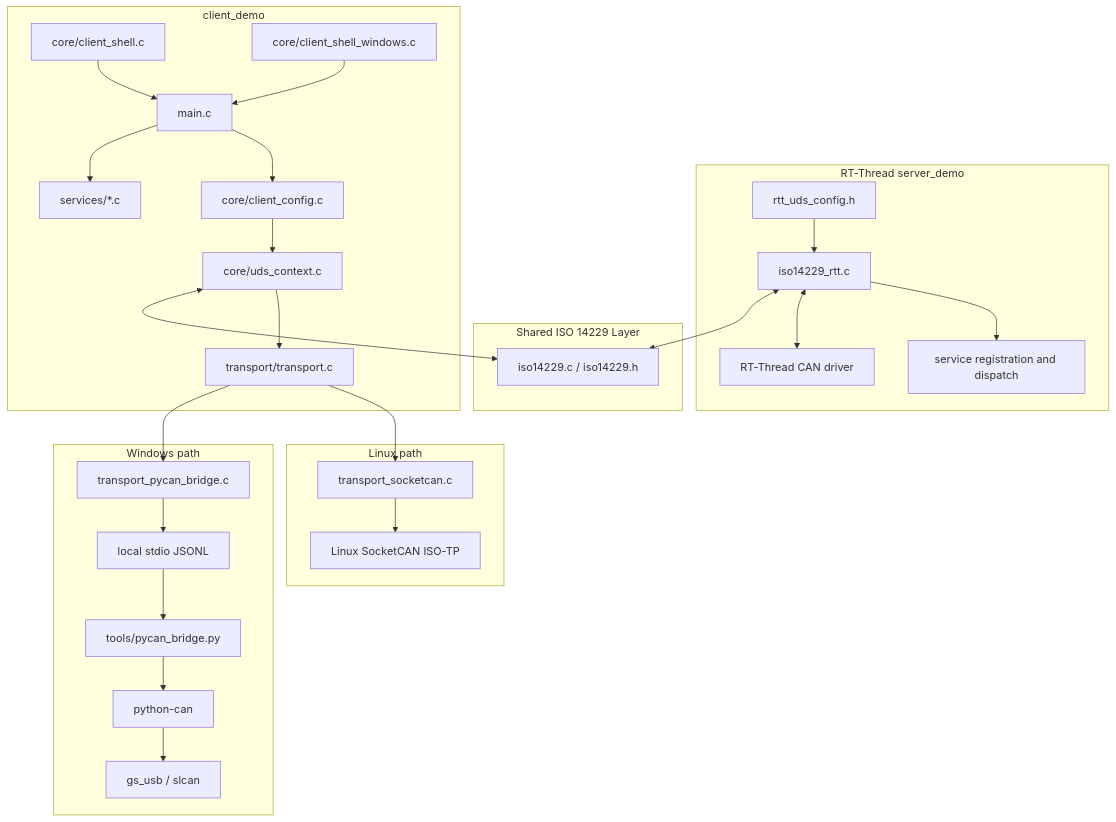
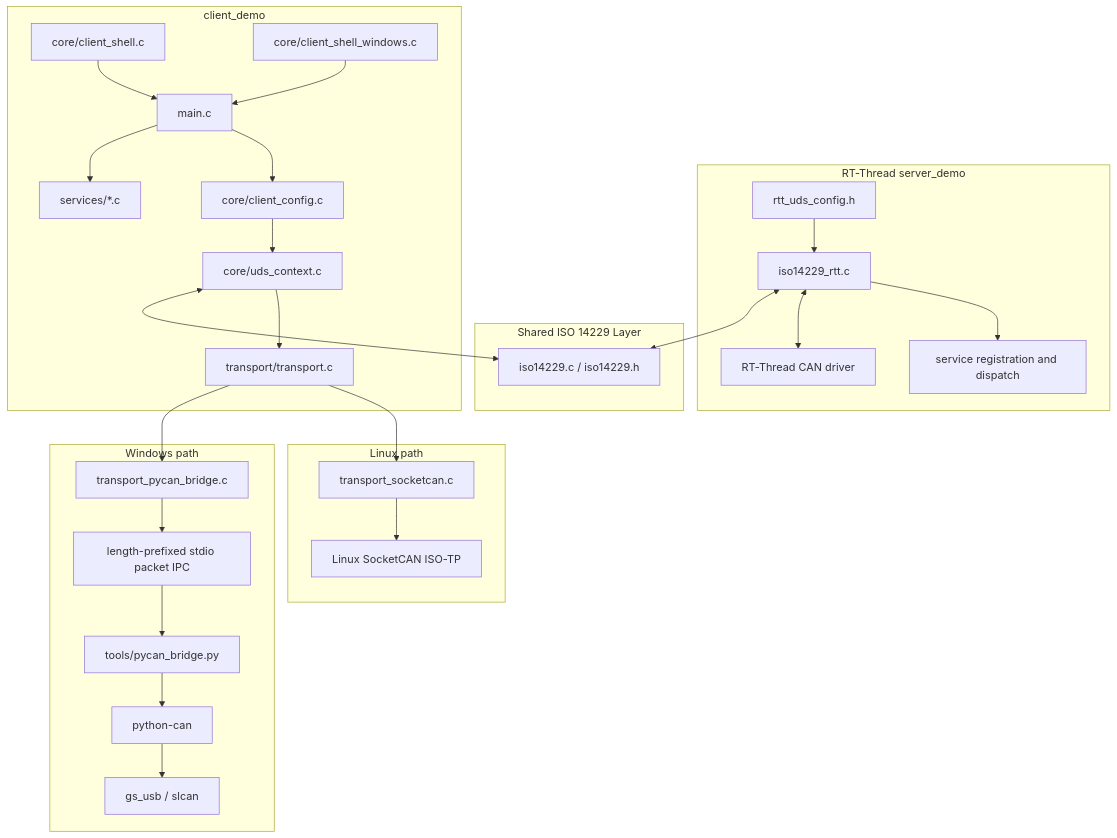
The first of 5 diagrams in examples/rtt_server/docs/architecture.md (wdfk-prog/iso14229), drawn with Mermaid before and after one commit. The commit also changed other lines of this file and 10 other files, not shown here.

````diff
--- a/examples/rtt_server/docs/architecture.md
+++ b/examples/rtt_server/docs/architecture.md
@@ -17,47 +17,47 @@
 ```mermaid
 flowchart TB
     subgraph Shared[Shared ISO 14229 Layer]
         ISO[iso14229.c / iso14229.h]
     end
 
     subgraph Server[RT-Thread server_demo]
         RTTCFG[rtt_uds_config.h]
         RTTENV[iso14229_rtt.c]
         RTTSVC[service registration and dispatch]
         RTTCAN[RT-Thread CAN driver]
         RTTCFG --> RTTENV --> RTTSVC
         RTTENV <--> RTTCAN
         RTTENV <--> ISO
     end
 
     subgraph Client[client_demo]
         MAIN[main.c]
         CFG[core/client_config.c]
         CTX[core/uds_context.c]
         SRV[services/*.c]
         SHELLPOSIX[core/client_shell.c]
         SHELLWIN[core/client_shell_windows.c]
         TP[transport/transport.c]
         MAIN --> CFG --> CTX
         MAIN --> SRV
         CTX --> TP
         CTX <--> ISO
     end
 
     subgraph Linux[Linux path]
         TPLINUX[transport_socketcan.c]
         SOCKCAN[Linux SocketCAN ISO-TP]
         TP --> TPLINUX --> SOCKCAN
         SHELLPOSIX --> MAIN
     end
 
     subgraph Windows[Windows path]
         TPWIN[transport_pycan_bridge.c]
-        IPC[local stdio JSONL]
+        IPC[length-prefixed stdio packet IPC]
         PY[tools/pycan_bridge.py]
         PYCAN[python-can]
         ADAPTER[gs_usb / slcan]
         TP --> TPWIN --> IPC --> PY --> PYCAN --> ADAPTER
         SHELLWIN --> MAIN
     end
 ```
````
